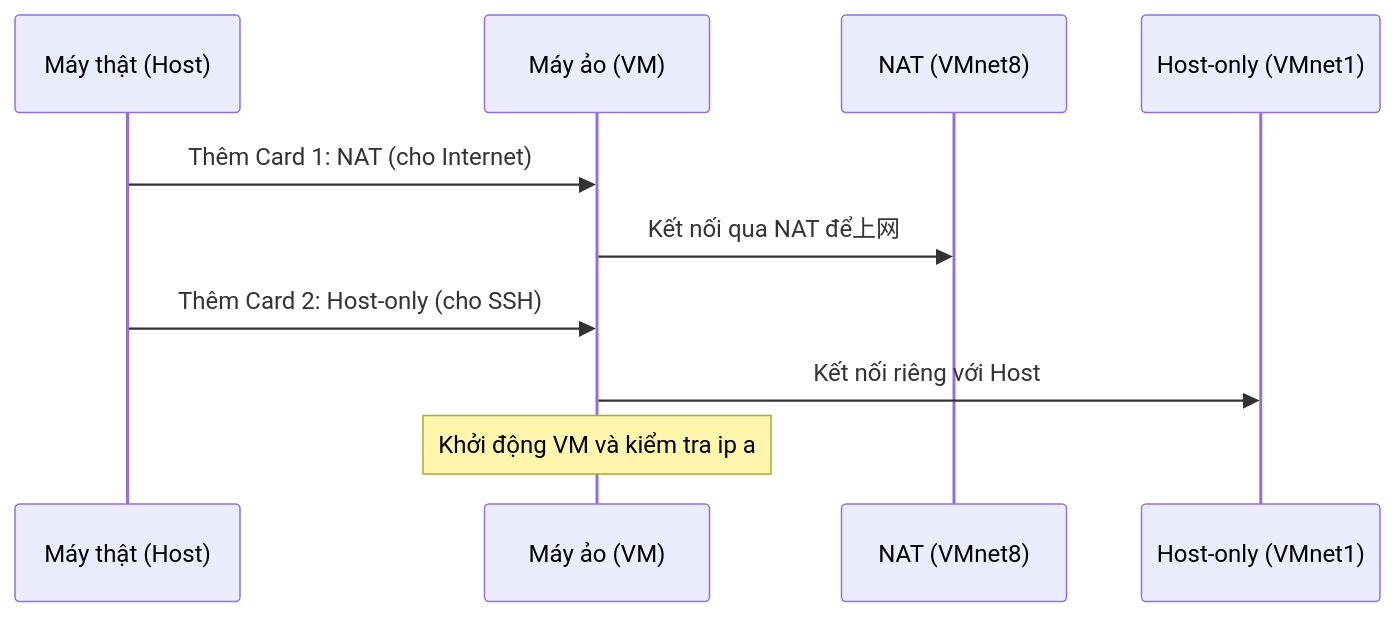
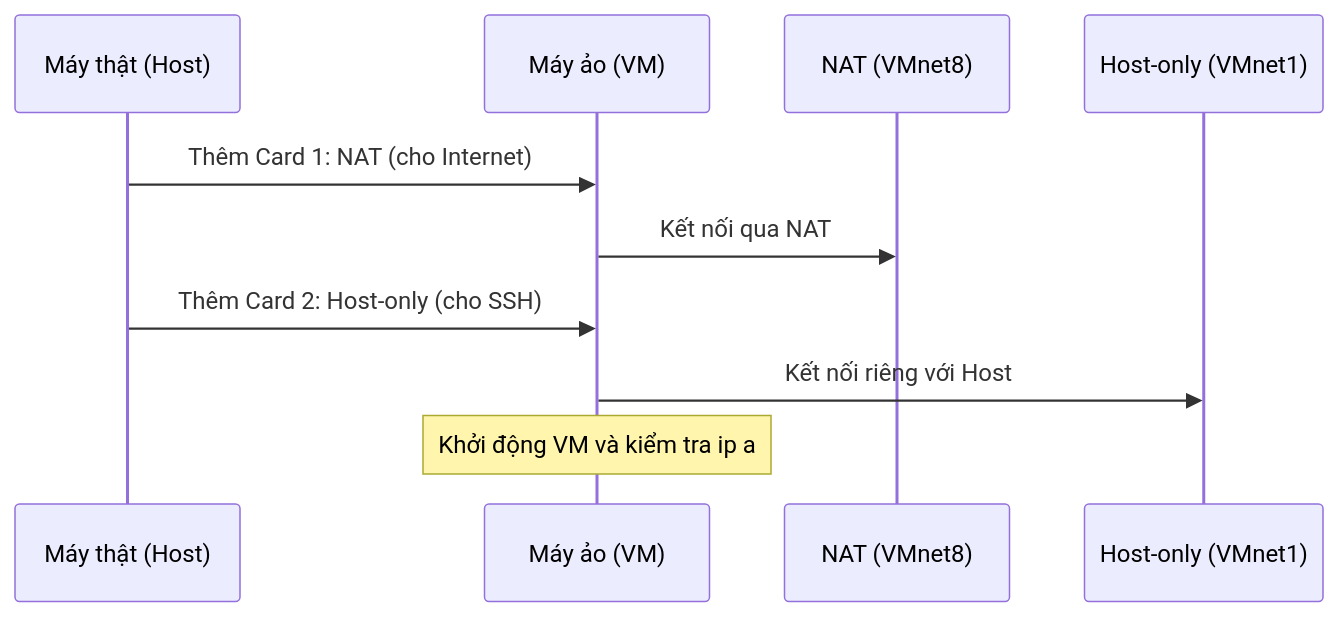
Before and after one commit to ngockhanhvd2812/DBA: the second of 5 diagrams in Daily-notes/2025/08/2025-08-27.md, drawn with Mermaid.

````diff
--- a/Daily-notes/2025/08/2025-08-27.md
+++ b/Daily-notes/2025/08/2025-08-27.md
@@ -41,12 +41,12 @@
 ```mermaid
 sequenceDiagram
     participant H as Máy thật (Host)
     participant V as Máy ảo (VM)
     participant N as NAT (VMnet8)
     participant O as Host-only (VMnet1)
     H->>V: Thêm Card 1: NAT (cho Internet)
-    V->>N: Kết nối qua NAT để上网
+    V->>N: Kết nối qua NAT
     H->>V: Thêm Card 2: Host-only (cho SSH)
     V->>O: Kết nối riêng với Host
     Note over V: Khởi động VM và kiểm tra ip a
 ```
````
